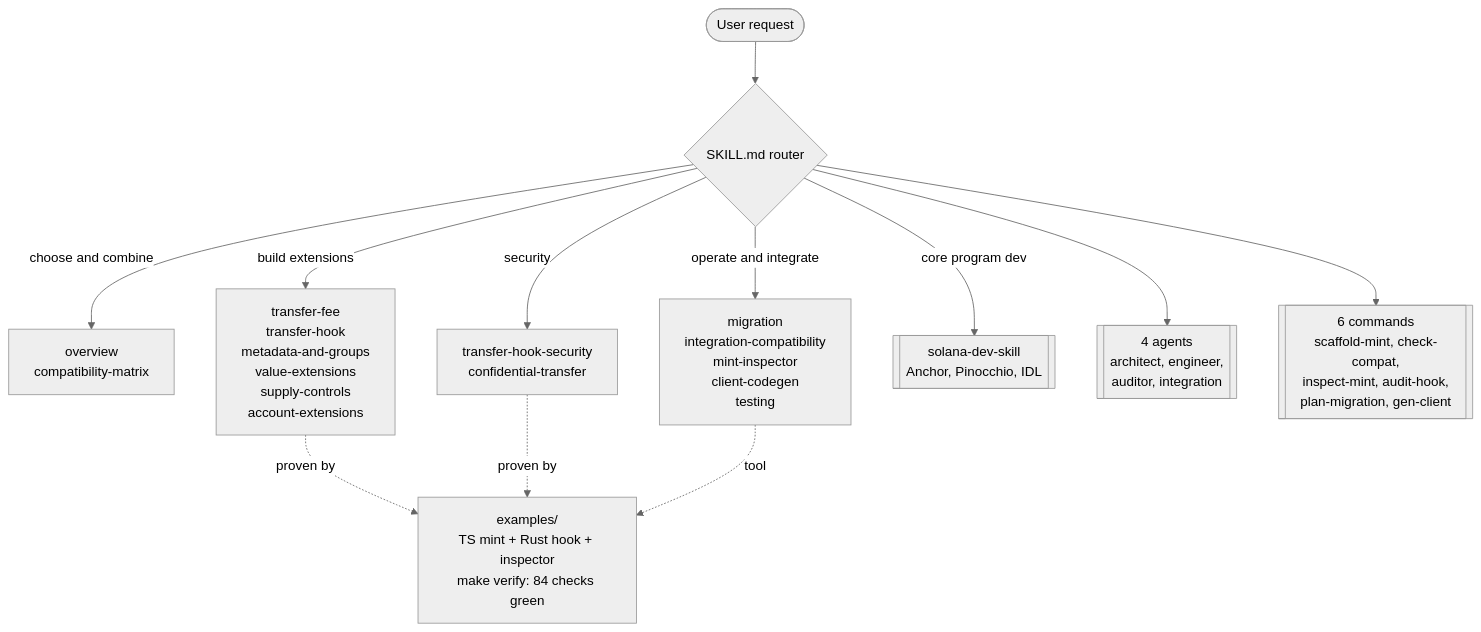
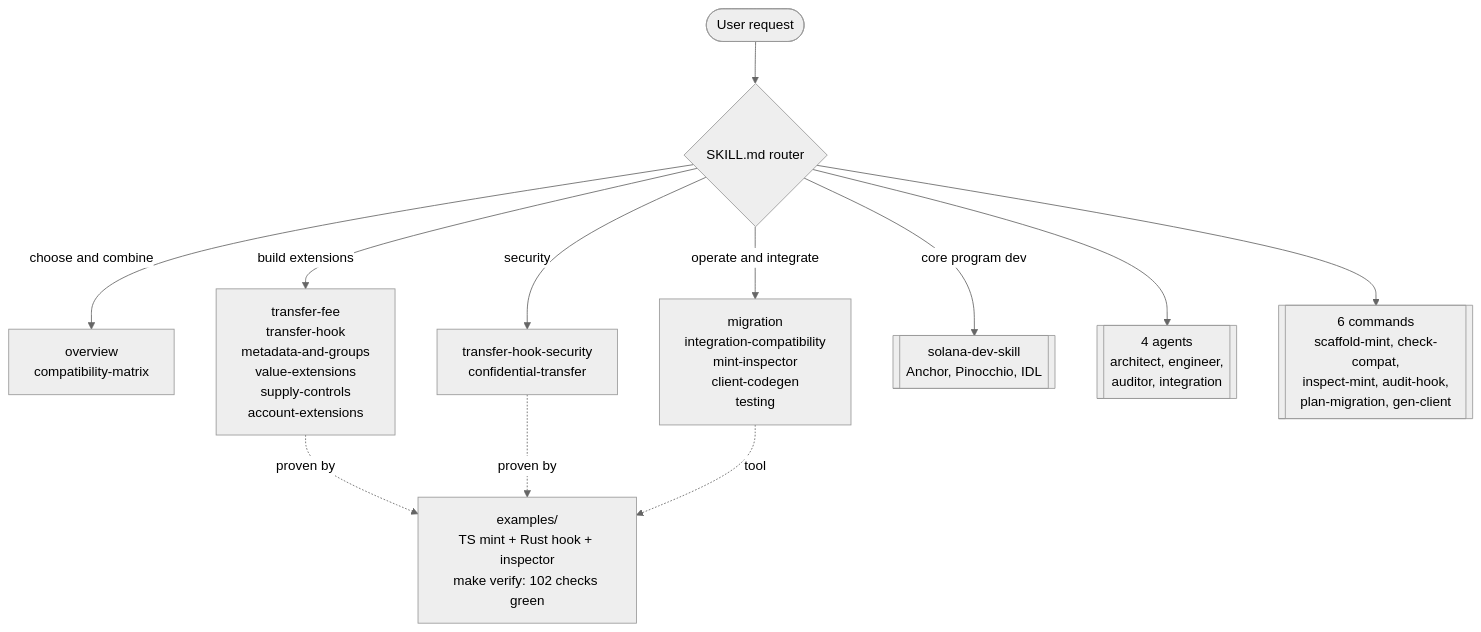
Before and after one commit to Andy00L/solana-token-extensions-skill: the diagram in README.md, drawn with Mermaid (neutral theme). The commit also changed other lines of this file and 29 other files, not shown here.

First line of the commit message:
Harden inspector: confidential re-enabled, value-aware fees, scaffold_mint, threat model

````diff
--- a/README.md
+++ b/README.md
@@ -21,14 +21,14 @@
 ```mermaid
 flowchart TD
     U([User request]) --> R{SKILL.md router}
     R -->|choose and combine| C["overview<br/>compatibility-matrix"]
     R -->|build extensions| B["transfer-fee<br/>transfer-hook<br/>metadata-and-groups<br/>value-extensions<br/>supply-controls<br/>account-extensions"]
     R -->|operate and integrate| O["migration<br/>integration-compatibility<br/>mint-inspector<br/>client-codegen<br/>testing"]
     R -->|security| S["transfer-hook-security<br/>confidential-transfer"]
     R -->|core program dev| CORE[["solana-dev-skill<br/>Anchor, Pinocchio, IDL"]]
     R --> AG[["4 agents<br/>architect, engineer,<br/>auditor, integration"]]
     R --> CMD[["6 commands<br/>scaffold-mint, check-compat,<br/>inspect-mint, audit-hook,<br/>plan-migration, gen-client"]]
-    B -.proven by.-> EX["examples/<br/>TS mint + Rust hook + inspector<br/>make verify: 84 checks green"]
+    B -.proven by.-> EX["examples/<br/>TS mint + Rust hook + inspector<br/>make verify: 102 checks green"]
     S -.proven by.-> EX
     O -.tool.-> EX
 ```
````
